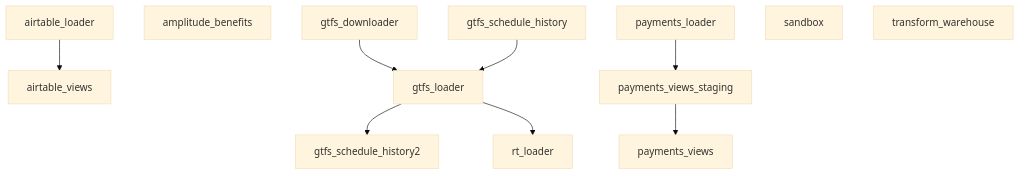
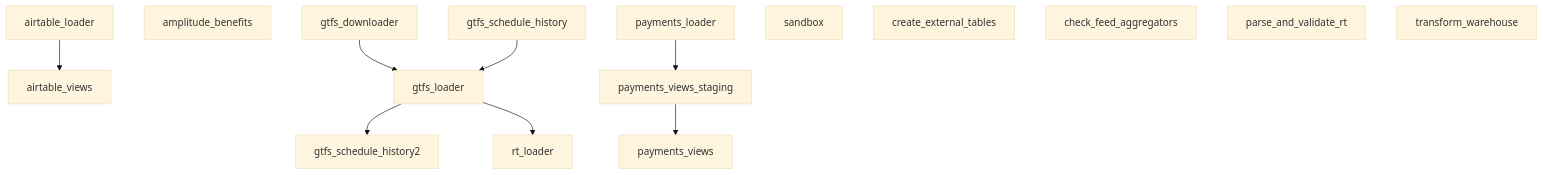
One commit to cal-itp/data-infra changed the diagram in docs/airflow/production-maintenance.md. Above: the diagram before and after it, drawn with Mermaid (base theme).

Commit message:
docs: add new dags to diagram even though they don't have any dependencies

````diff
--- a/docs/airflow/production-maintenance.md
+++ b/docs/airflow/production-maintenance.md
@@ -62,13 +62,16 @@
 ```{mermaid}
   graph TD;
       airtable_loader-->airtable_views;
       amplitude_benefits;
       gtfs_downloader-->gtfs_loader;
       gtfs_schedule_history-->gtfs_loader;
       gtfs_loader-->gtfs_schedule_history2;
       payments_loader-->payments_views_staging;
       payments_views_staging-->payments_views;
       gtfs_loader-->rt_loader;
       sandbox;
+      create_external_tables;
+      check_feed_aggregators;
+      parse_and_validate_rt;
       transform_warehouse;
 ```
````
